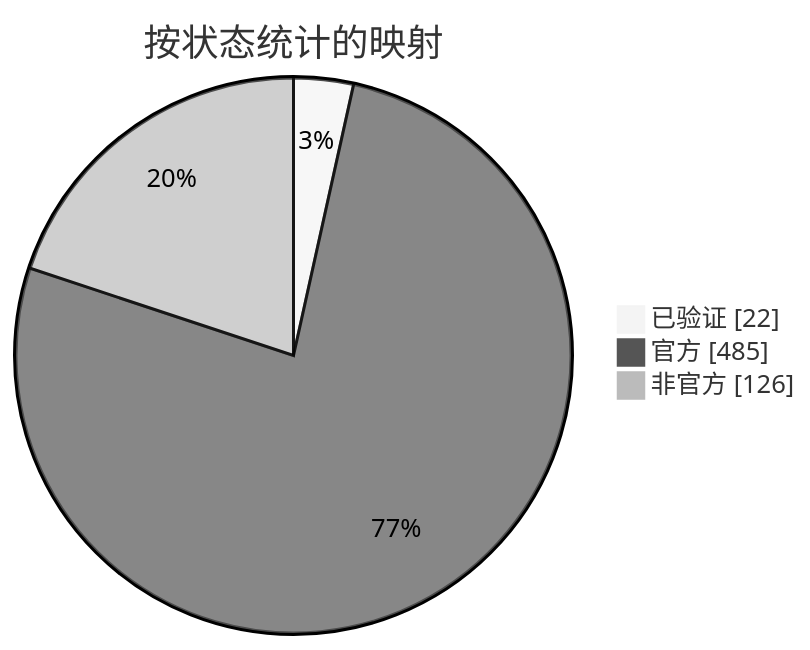
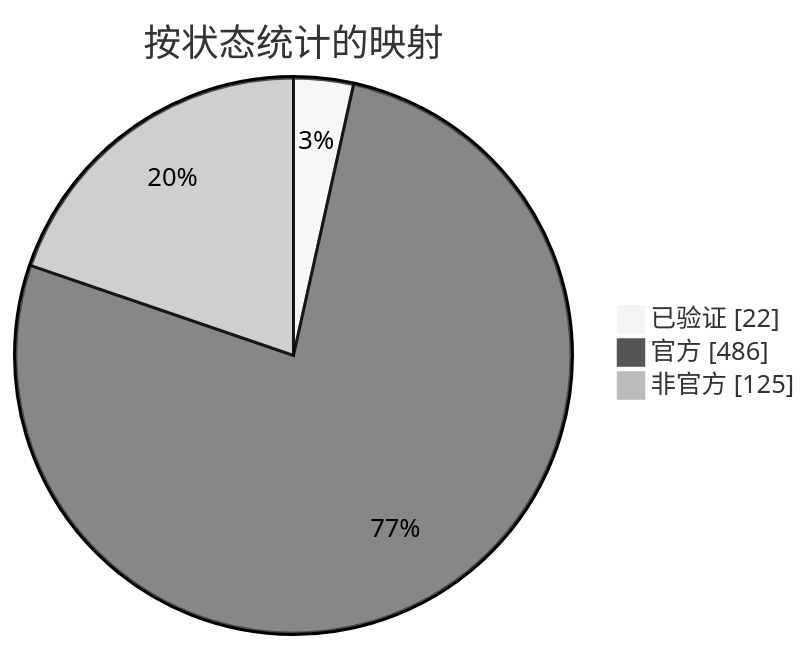
One commit to nobrega8/mbmap-library changed the diagram in docs/readme/README_ZHS.md. Above: the diagram before and after it, drawn with Mermaid (neutral theme). The commit also changed 6 other files, not shown here.

````diff
--- a/docs/readme/README_ZHS.md
+++ b/docs/readme/README_ZHS.md
@@ -54,7 +54,7 @@
 ```mermaid
 pie showData
     title 按状态统计的映射
     "已验证" : 22
-    "官方" : 485
-    "非官方" : 126
+    "官方" : 486
+    "非官方" : 125
 ```
````
